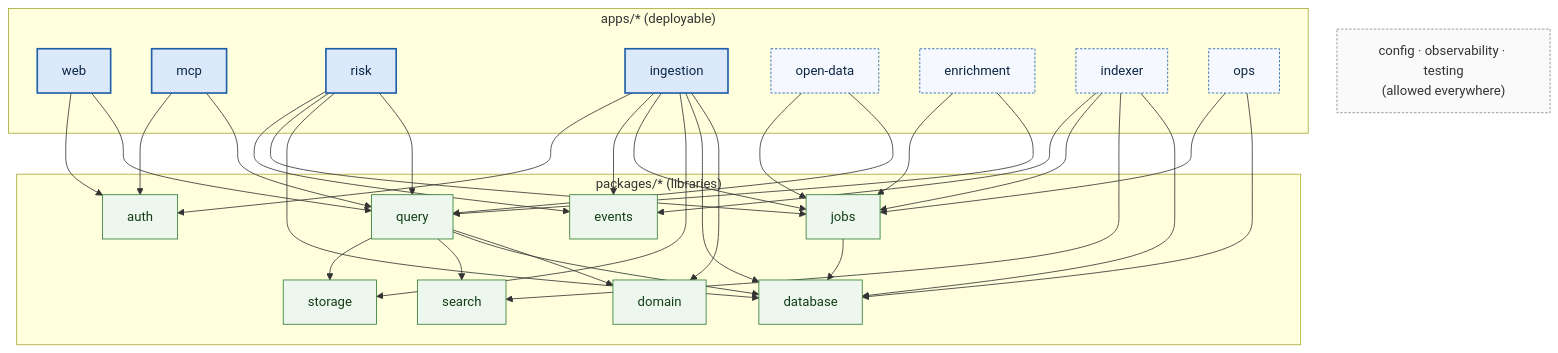
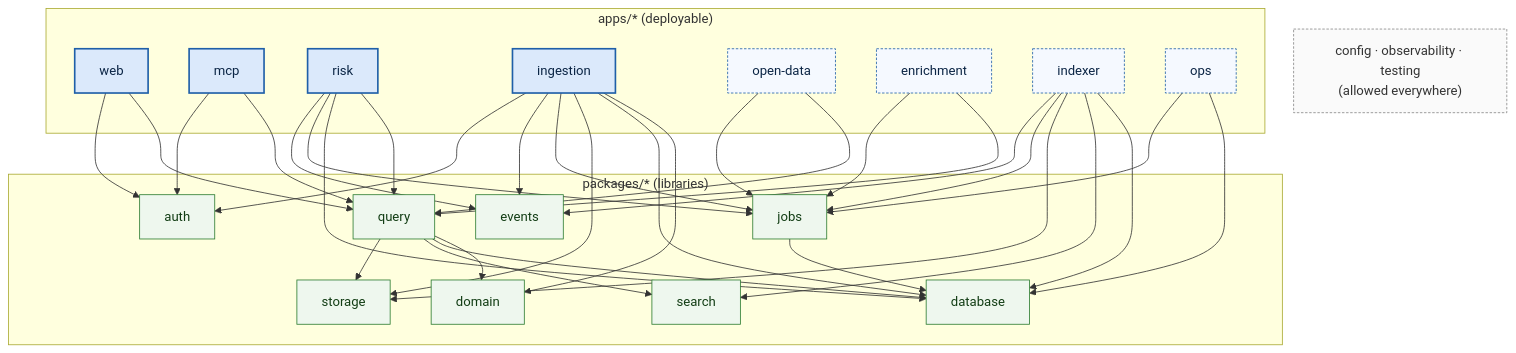
The fifth of 10 diagrams in docs/architecture/architecture-upgrade.md (Viespirkiu-grupe/viespirkiai), drawn with Mermaid before and after one commit. The commit also changed other lines of this file, not shown here.

````diff
--- a/docs/architecture/architecture-upgrade.md
+++ b/docs/architecture/architecture-upgrade.md
@@ -619,60 +671,61 @@
 ```mermaid
 flowchart TB
     classDef app fill: #dbe9fb, stroke: #1f5fa8, stroke-width: 2px, color: #0b2545
     classDef supapp fill: #f5f9ff, stroke: #1f5fa8, stroke-dasharray: 3 2, color: #0b2545
     classDef pkg fill: #eef7ee, stroke: #2e7d32, color: #123d14
     classDef xcut fill: #fafafa, stroke: #888, stroke-dasharray: 3 2, color: #333
 
     subgraph APPS["apps/* (deployable)"]
         web["web"]:::app
         mcp["mcp"]:::app
         risk["risk"]:::app
         ingestion["ingestion"]:::app
         opendata["open-data"]:::supapp
         enrichment["enrichment"]:::supapp
         indexer["indexer"]:::supapp
         ops["ops"]:::supapp
     end
 
     subgraph PKGS["packages/* (libraries)"]
         query["query"]:::pkg
         domain["domain"]:::pkg
         database["database"]:::pkg
         search["search"]:::pkg
         storage["storage"]:::pkg
         jobs["jobs"]:::pkg
         events["events"]:::pkg
         auth["auth"]:::pkg
     end
 
     xc["config · observability · testing<br/>(allowed everywhere)"]:::xcut
     web --> query
     web --> auth
     mcp --> query
     mcp --> auth
     risk --> query
     risk --> database
     risk --> jobs
     risk --> events
     opendata --> query
     opendata --> jobs
     enrichment --> query
     enrichment --> jobs
     ingestion --> domain
     ingestion --> database
     ingestion --> storage
     ingestion --> jobs
     ingestion --> events
     ingestion --> auth
     indexer --> database
     indexer --> search
+    indexer --> storage
     indexer --> jobs
     indexer --> events
     ops --> database
     ops --> jobs
     query --> domain
     query --> database
     query --> search
     query --> storage
     jobs --> database
 ```
````
